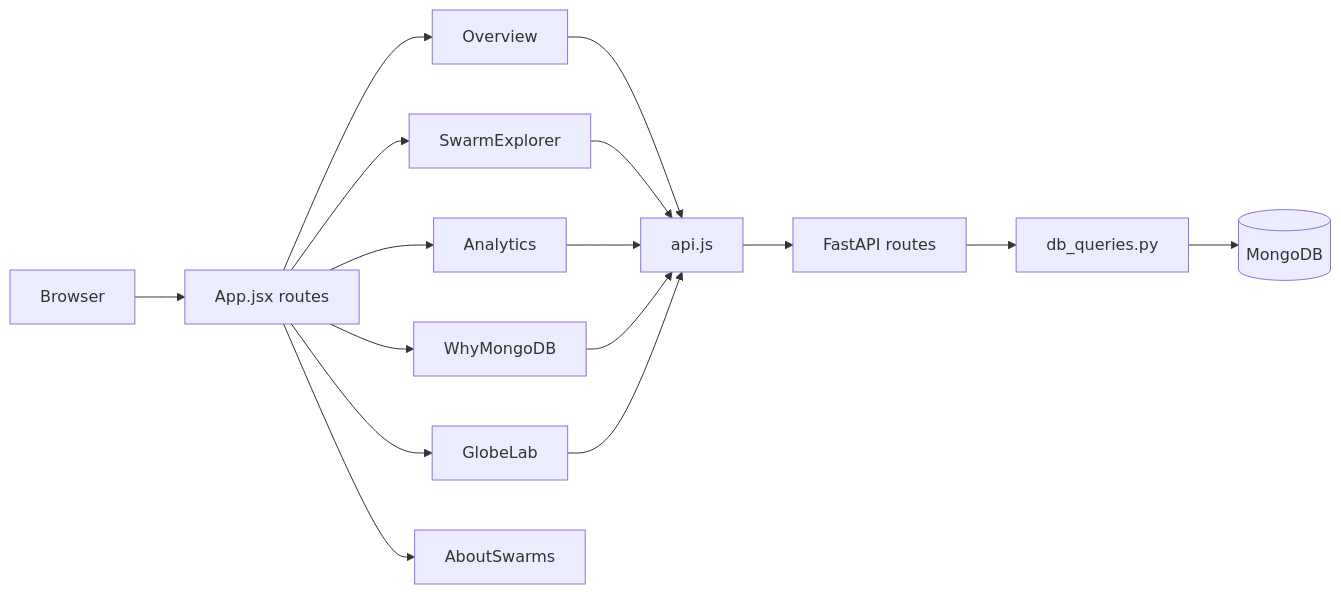
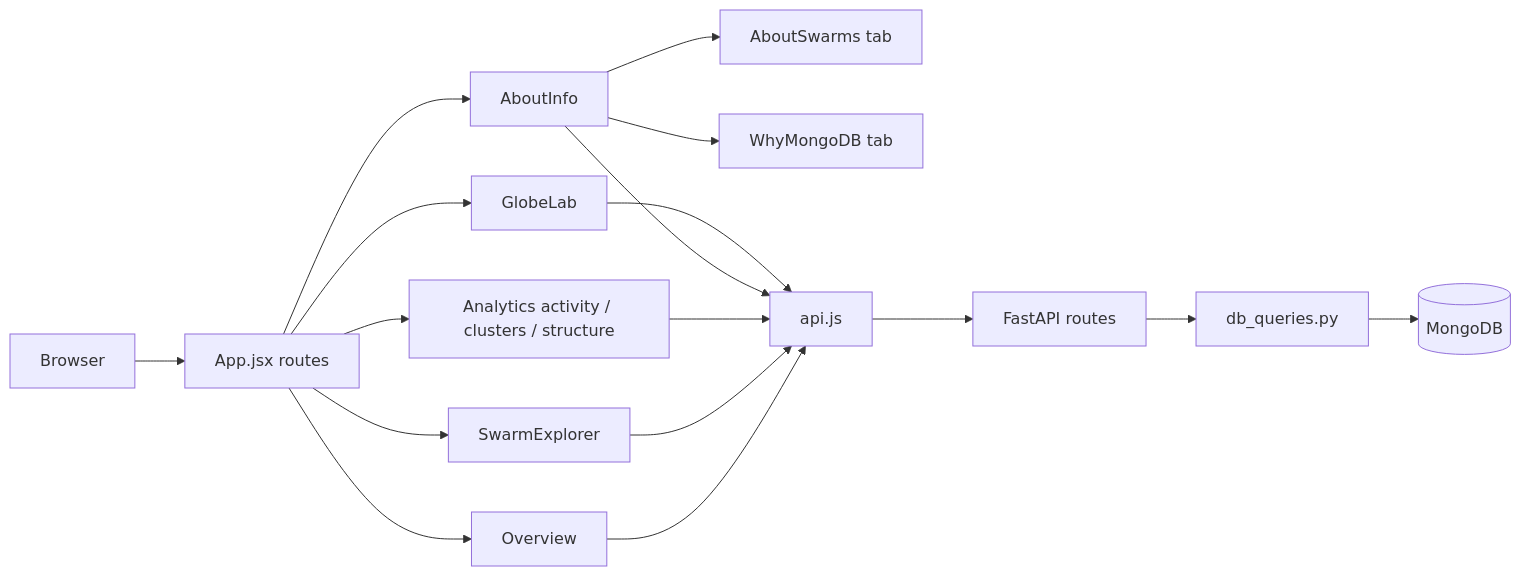
Before and after one commit to 033-Archita/QuakeSwarm: the fifth of 5 diagrams in FLOW.md, drawn with Mermaid. The commit also changed other lines of this file and 9 other files, not shown here.

````diff
--- a/FLOW.md
+++ b/FLOW.md
@@ -122,18 +122,19 @@
 ```mermaid
 flowchart LR
   U[Browser] --> ROUTER[App.jsx routes]
   ROUTER --> O[Overview]
   ROUTER --> S[SwarmExplorer]
-  ROUTER --> A[Analytics]
-  ROUTER --> W[WhyMongoDB]
+  ROUTER --> A[Analytics activity / clusters / structure]
+  ROUTER --> W[AboutInfo]
   ROUTER --> G[GlobeLab]
-  ROUTER --> I[AboutSwarms]
+  W --> I[AboutSwarms tab]
+  W --> DBINFO[WhyMongoDB tab]
   O --> API[api.js]
   S --> API
   A --> API
   W --> API
   G --> API
   API --> F[FastAPI routes]
   F --> Q[db_queries.py]
   Q --> DB[(MongoDB)]
 ```
````
